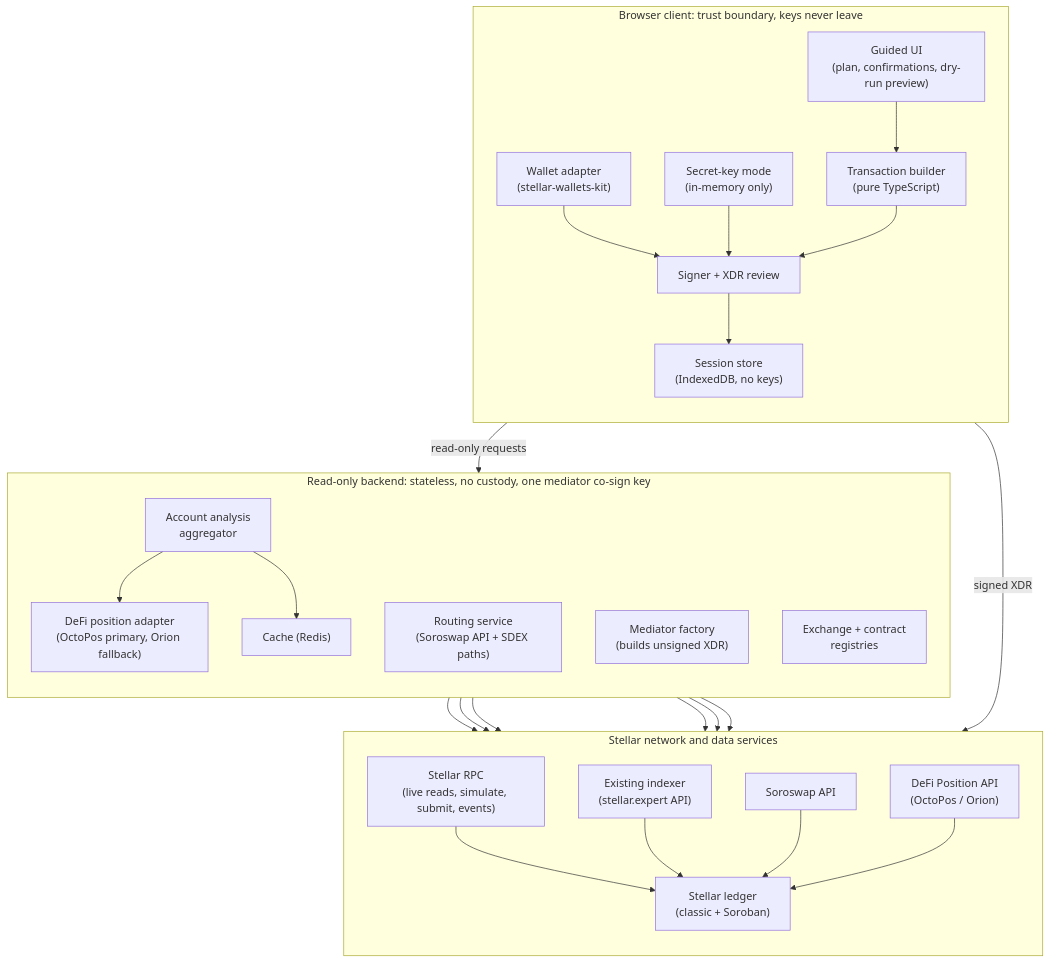
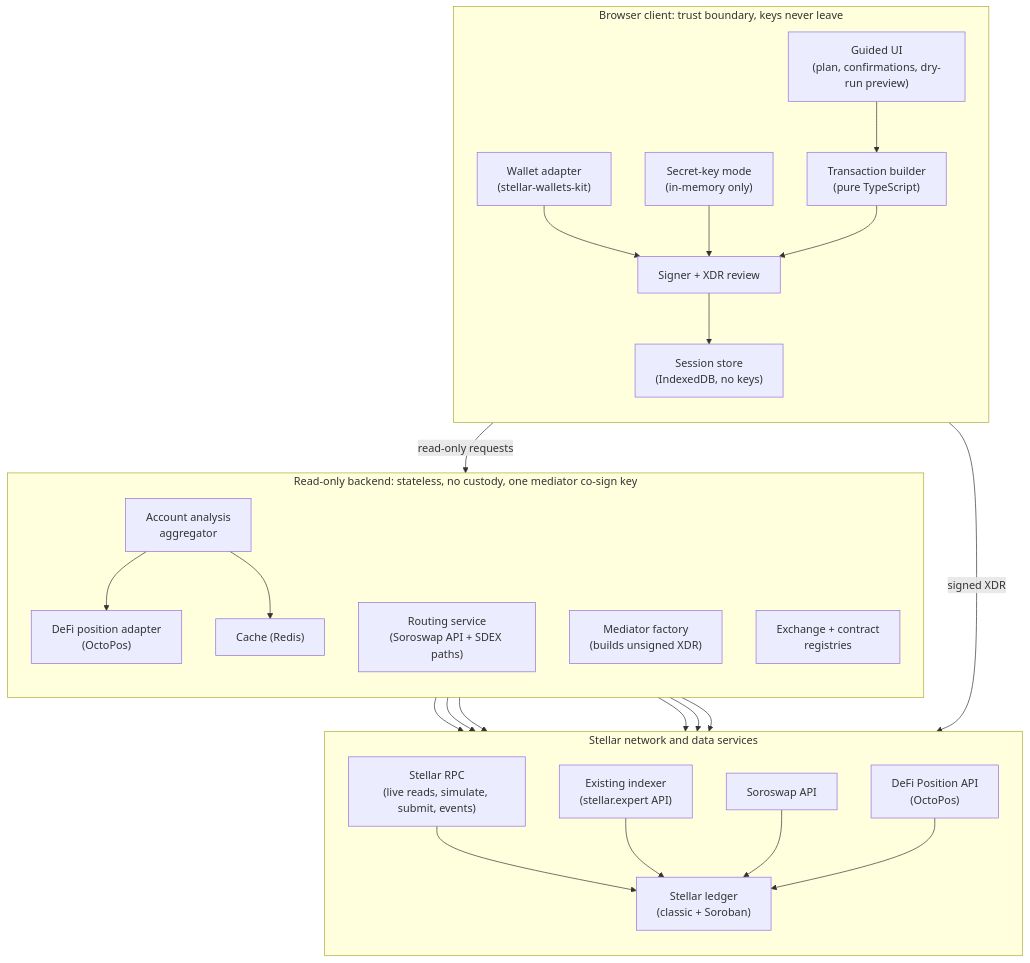
The first of 9 diagrams in docs/architecture.md (OscarGauss/lumenwipe), drawn with Mermaid before and after one commit. The commit also changed other lines of this file and 12 other files, not shown here.

First line of the commit message:
docs: architecture revision (#12)

````diff
--- a/docs/architecture.md
+++ b/docs/architecture.md
@@ -106,53 +106,53 @@
 ```mermaid
 flowchart TB
     subgraph client["Browser client: trust boundary, keys never leave"]
         direction TB
         ui["Guided UI<br/>(plan, confirmations, dry-run preview)"]
         wk["Wallet adapter<br/>(stellar-wallets-kit)"]
         sk["Secret-key mode<br/>(in-memory only)"]
         builder["Transaction builder<br/>(pure TypeScript)"]
         signer["Signer + XDR review"]
         sess["Session store<br/>(IndexedDB, no keys)"]
     end
 
     subgraph backend["Read-only backend: stateless, no custody, one mediator co-sign key"]
         direction TB
         analysis["Account analysis<br/>aggregator"]
-        defi["DeFi position adapter<br/>(OctoPos primary, Orion fallback)"]
+        defi["DeFi position adapter<br/>(OctoPos)"]
         route["Routing service<br/>(Soroswap API + SDEX paths)"]
         med["Mediator factory<br/>(builds unsigned XDR)"]
         reg["Exchange + contract<br/>registries"]
         cache["Cache (Redis)"]
     end
 
     subgraph data["Stellar network and data services"]
         direction TB
         rpc["Stellar RPC<br/>(live reads, simulate, submit, events)"]
         idx["Existing indexer<br/>(stellar.expert API)"]
         soro["Soroswap API"]
-        pos["DeFi Position API<br/>(OctoPos / Orion)"]
+        pos["DeFi Position API<br/>(OctoPos)"]
         net["Stellar ledger<br/>(classic + Soroban)"]
     end
 
     ui --> builder
     wk --> signer
     sk --> signer
     builder --> signer
     signer -->|"signed XDR"| rpc
     signer --> sess
 
     ui -->|"read-only requests"| analysis
     analysis --> idx
     analysis --> rpc
     analysis --> defi
     defi --> pos
     route --> soro
     route --> idx
     med --> rpc
     analysis --> cache
 
     rpc --> net
     idx --> net
     soro --> net
     pos --> net
 ```
````
